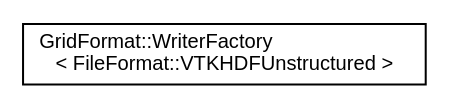
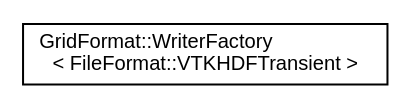
The diagram in inherit_graph_121.dot (dglaeser/gridformat), drawn with Graphviz before and after one commit. The commit also changed 337 other files, not shown here.

```diff
--- a/inherit_graph_121.dot
+++ b/inherit_graph_121.dot
@@ -1,8 +1,8 @@
 digraph "Graphical Class Hierarchy"
 {
  // LATEX_PDF_SIZE
   edge [fontname="Helvetica",fontsize="10",labelfontname="Helvetica",labelfontsize="10"];
   node [fontname="Helvetica",fontsize="10",shape=record];
   rankdir="LR";
-  Node0 [label="GridFormat::WriterFactory\l\< FileFormat::VTKHDFUnstructured \>",height=0.2,width=0.4,color="black", fillcolor="white", style="filled",URL="$structGridFormat_1_1WriterFactory_3_01FileFormat_1_1VTKHDFUnstructured_01_4.html",tooltip="Specialization of the WriterFactory for the vtk-hdf unstructured grid format."];
+  Node0 [label="GridFormat::WriterFactory\l\< FileFormat::VTKHDFTransient \>",height=0.2,width=0.4,color="black", fillcolor="white", style="filled",URL="$structGridFormat_1_1WriterFactory_3_01FileFormat_1_1VTKHDFTransient_01_4.html",tooltip="Specialization of the WriterFactory for the transient vtk-hdf file format with automatic flavour sele..."];
 }
```
